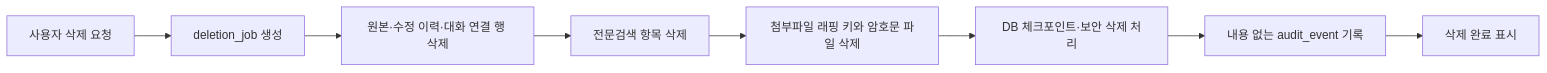
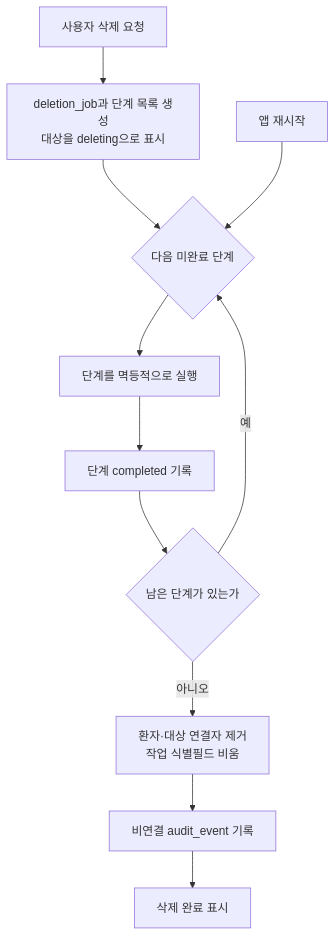
One commit to Chun-Jihun/care_app changed the sixth of 10 diagrams in docs/mobile_app_data_schema_design.md. Above: the diagram before and after it, drawn with Mermaid. The commit also changed other lines of this file and 1 other file, not shown here.

````diff
--- a/docs/mobile_app_data_schema_design.md
+++ b/docs/mobile_app_data_schema_design.md
@@ -532,10 +595,13 @@
 ```mermaid
-flowchart LR
-    A["사용자 삭제 요청"] --> B["deletion_job 생성"]
-    B --> C["원본·수정 이력·대화 연결 행 삭제"]
-    C --> D["전문검색 항목 삭제"]
-    D --> E["첨부파일 래핑 키와 암호문 파일 삭제"]
-    E --> F["DB 체크포인트·보안 삭제 처리"]
-    F --> G["내용 없는 audit_event 기록"]
-    G --> H["삭제 완료 표시"]
+flowchart TB
+    A["사용자 삭제 요청"] --> B["deletion_job과 단계 목록 생성<br/>대상을 deleting으로 표시"]
+    B --> C{"다음 미완료 단계"}
+    R["앱 재시작"] --> C
+    C --> D["단계를 멱등적으로 실행"]
+    D --> E["단계 completed 기록"]
+    E --> F{"남은 단계가 있는가"}
+    F -- 예 --> C
+    F -- 아니오 --> G["환자·대상 연결자 제거<br/>작업 식별필드 비움"]
+    G --> H["비연결 audit_event 기록"]
+    H --> I["삭제 완료 표시"]
 ```
````
